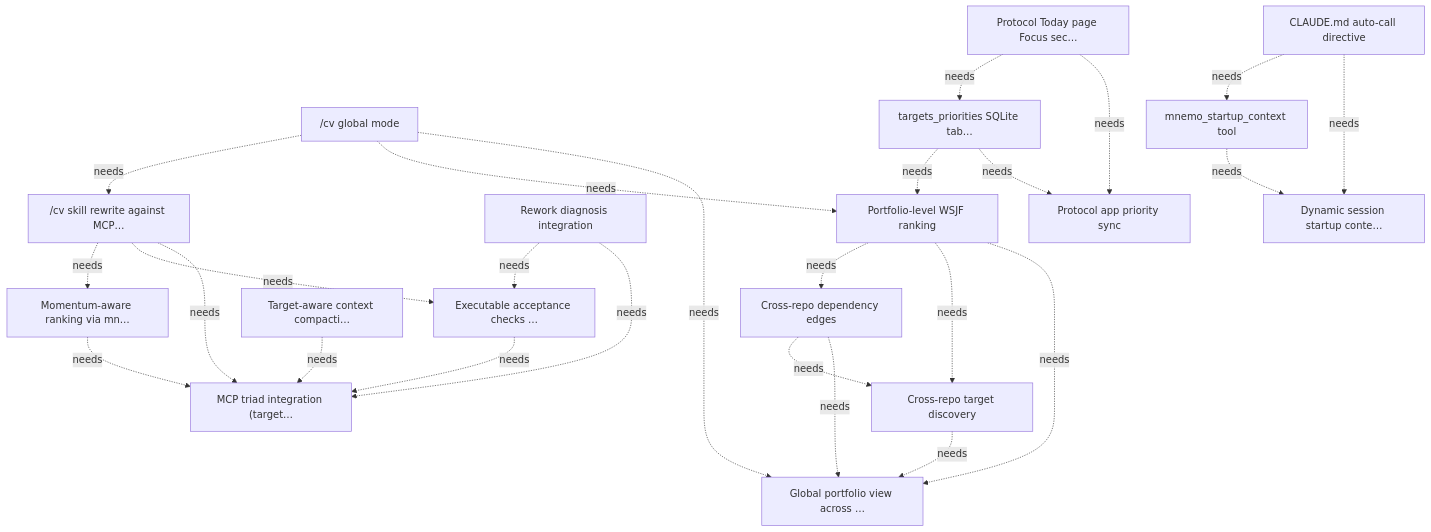
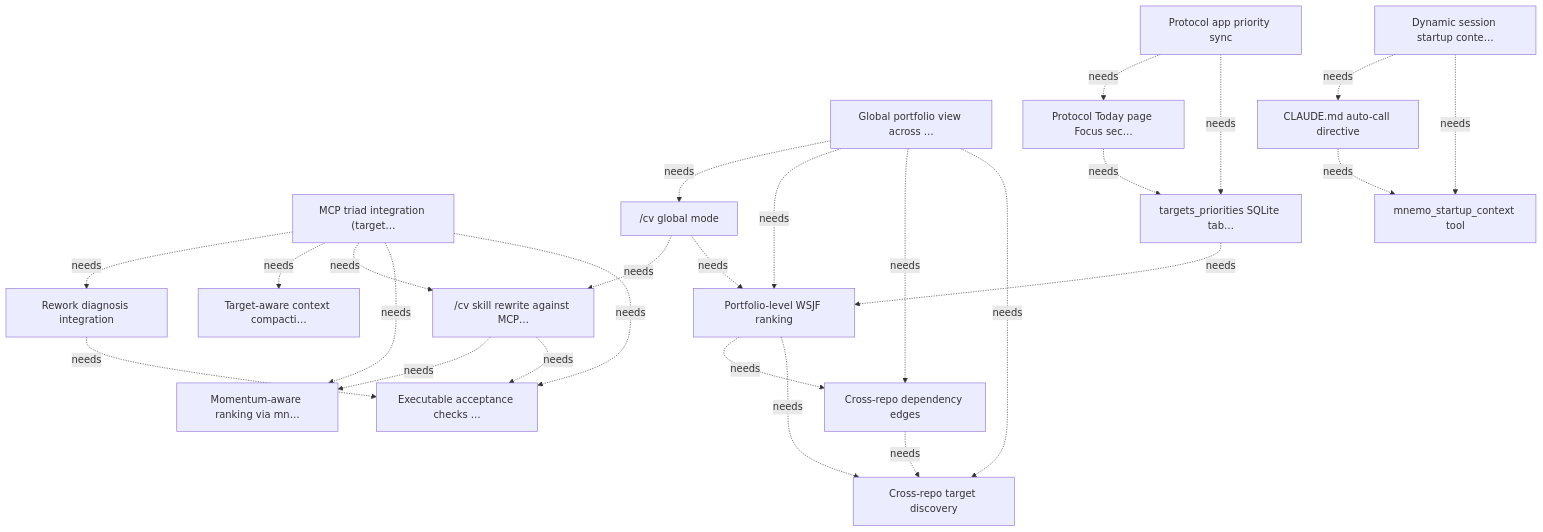
Before and after one commit to marcelocantos/bullseye: the diagram in docs/targets.md, drawn with Mermaid. The commit also changed other lines of this file and 3 other files, not shown here.

````diff
--- a/docs/targets.md
+++ b/docs/targets.md
@@ -364,44 +361,44 @@
 ```mermaid
 graph TD
     T1["MCP triad integration (target…"]
     T1_1["Executable acceptance checks …"]
     T1_2["Momentum-aware ranking via mn…"]
     T1_3["/cv skill rewrite against MCP…"]
     T1_4["Target-aware context compacti…"]
     T1_5["Rework diagnosis integration"]
     T2["Global portfolio view across …"]
     T2_1["Cross-repo target discovery"]
     T2_2["Cross-repo dependency edges"]
     T2_3["Portfolio-level WSJF ranking"]
     T2_4["/cv global mode"]
     T3["Protocol app priority sync"]
     T3_1["targets_priorities SQLite tab…"]
     T3_2["Protocol Today page Focus sec…"]
     T4["Dynamic session startup conte…"]
     T4_1["mnemo_startup_context tool"]
     T4_2["CLAUDE.md auto-call directive"]
-    T1_1 -.->|needs| T1
-    T1_2 -.->|needs| T1
-    T1_3 -.->|needs| T1
+    T1 -.->|needs| T1_1
+    T1 -.->|needs| T1_2
+    T1 -.->|needs| T1_3
+    T1 -.->|needs| T1_4
+    T1 -.->|needs| T1_5
     T1_3 -.->|needs| T1_1
     T1_3 -.->|needs| T1_2
-    T1_4 -.->|needs| T1
-    T1_5 -.->|needs| T1
     T1_5 -.->|needs| T1_1
-    T2_1 -.->|needs| T2
-    T2_2 -.->|needs| T2
+    T2 -.->|needs| T2_1
+    T2 -.->|needs| T2_2
+    T2 -.->|needs| T2_3
+    T2 -.->|needs| T2_4
     T2_2 -.->|needs| T2_1
-    T2_3 -.->|needs| T2
     T2_3 -.->|needs| T2_1
     T2_3 -.->|needs| T2_2
-    T2_4 -.->|needs| T2
     T2_4 -.->|needs| T2_3
     T2_4 -.->|needs| T1_3
-    T3_1 -.->|needs| T3
+    T3 -.->|needs| T3_1
+    T3 -.->|needs| T3_2
     T3_1 -.->|needs| T2_3
-    T3_2 -.->|needs| T3
     T3_2 -.->|needs| T3_1
-    T4_1 -.->|needs| T4
-    T4_2 -.->|needs| T4
+    T4 -.->|needs| T4_1
+    T4 -.->|needs| T4_2
     T4_2 -.->|needs| T4_1
 ```
````
